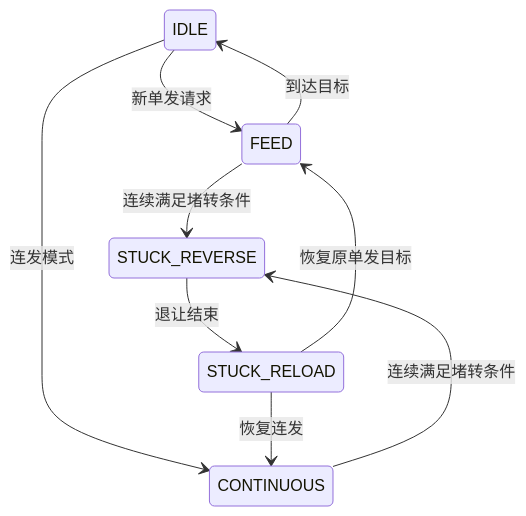
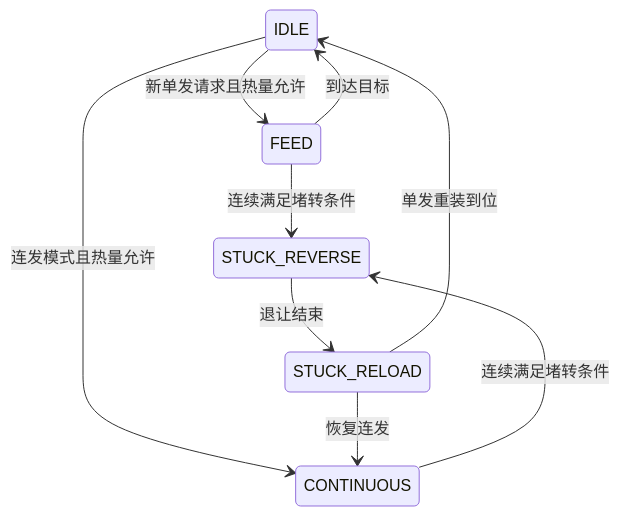
The diagram in 文档/05_发射机构.md (RP27-EC/27_LHX), drawn with Mermaid before and after one commit. The commit also changed other lines of this file and 28 other files, not shown here.

````diff
--- a/文档/05_发射机构.md
+++ b/文档/05_发射机构.md
@@ -24,11 +24,11 @@
 ```mermaid
 stateDiagram-v2
-    IDLE --> FEED: 新单发请求
-    IDLE --> CONTINUOUS: 连发模式
+    IDLE --> FEED: 新单发请求且热量允许
+    IDLE --> CONTINUOUS: 连发模式且热量允许
     FEED --> IDLE: 到达目标
     FEED --> STUCK_REVERSE: 连续满足堵转条件
     CONTINUOUS --> STUCK_REVERSE: 连续满足堵转条件
     STUCK_REVERSE --> STUCK_RELOAD: 退让结束
-    STUCK_RELOAD --> FEED: 恢复原单发目标
+    STUCK_RELOAD --> IDLE: 单发重装到位
     STUCK_RELOAD --> CONTINUOUS: 恢复连发
 ```
````
